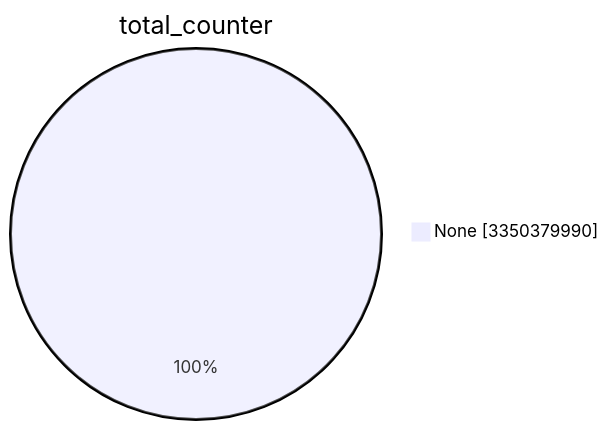
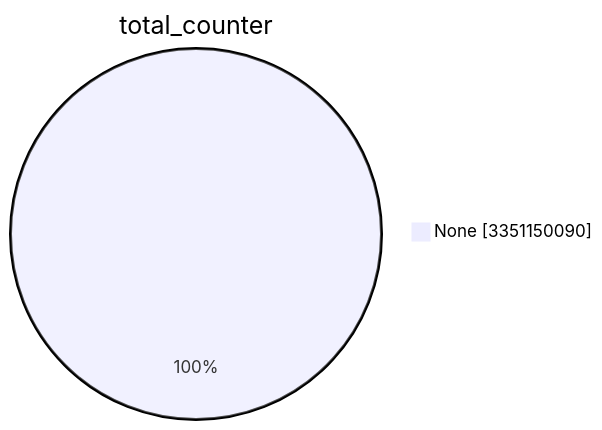
The first of 15 diagrams in TOTAL/README.md (christiankrug/ctmonitor_visualization), drawn with Mermaid before and after one commit. The commit also changed other lines of this file, not shown here.

````diff
--- a/TOTAL/README.md
+++ b/TOTAL/README.md
@@ -1,5 +1,5 @@
 ```mermaid
 pie showData
 title total_counter
-"None" :3350379990
+"None" :3351150090
 ```
````
